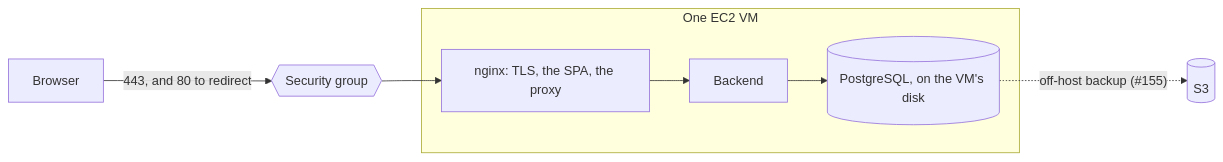
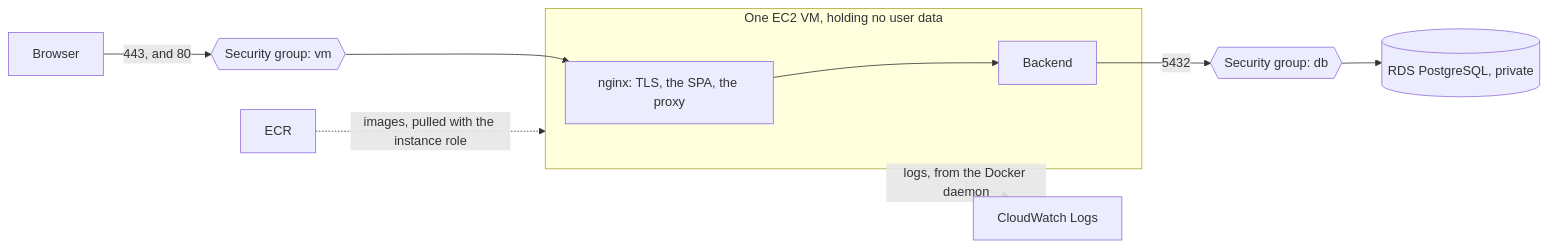
Before and after one commit to NaimElijah/UpHealther: the diagram in docs/ADRs/ADR-086-the-first-deployment-is-one-ec2-vm-running-compose.md, drawn with Mermaid. The commit also changed other lines of this file, not shown here.

First line of the commit message:
docs(adr): put the first deployment's data on RDS

````diff
--- a/docs/ADRs/ADR-086-the-first-deployment-is-one-ec2-vm-running-compose.md
+++ b/docs/ADRs/ADR-086-the-first-deployment-is-one-ec2-vm-running-compose.md
@@ -47,10 +50,12 @@
 ```mermaid
 flowchart LR
-    browser[Browser] -->|"443, and 80 to redirect"| group{{Security group}}
-    group --> nginx
-    subgraph vm[One EC2 VM]
+    browser[Browser] -->|"443, and 80"| vmgroup{{"Security group: vm"}}
+    vmgroup --> nginx
+    subgraph vm["One EC2 VM, holding no user data"]
         nginx["nginx: TLS, the SPA, the proxy"] --> backend[Backend]
-        backend --> postgres[("PostgreSQL, on the VM's disk")]
     end
-    postgres -.->|"off-host backup (#155)"| bucket[(S3)]
+    backend -->|"5432"| dbgroup{{"Security group: db"}}
+    dbgroup --> rds[("RDS PostgreSQL, private")]
+    vm -.->|"logs, from the Docker daemon"| logs[CloudWatch Logs]
+    ecr[ECR] -.->|"images, pulled with the instance role"| vm
 ```
````
